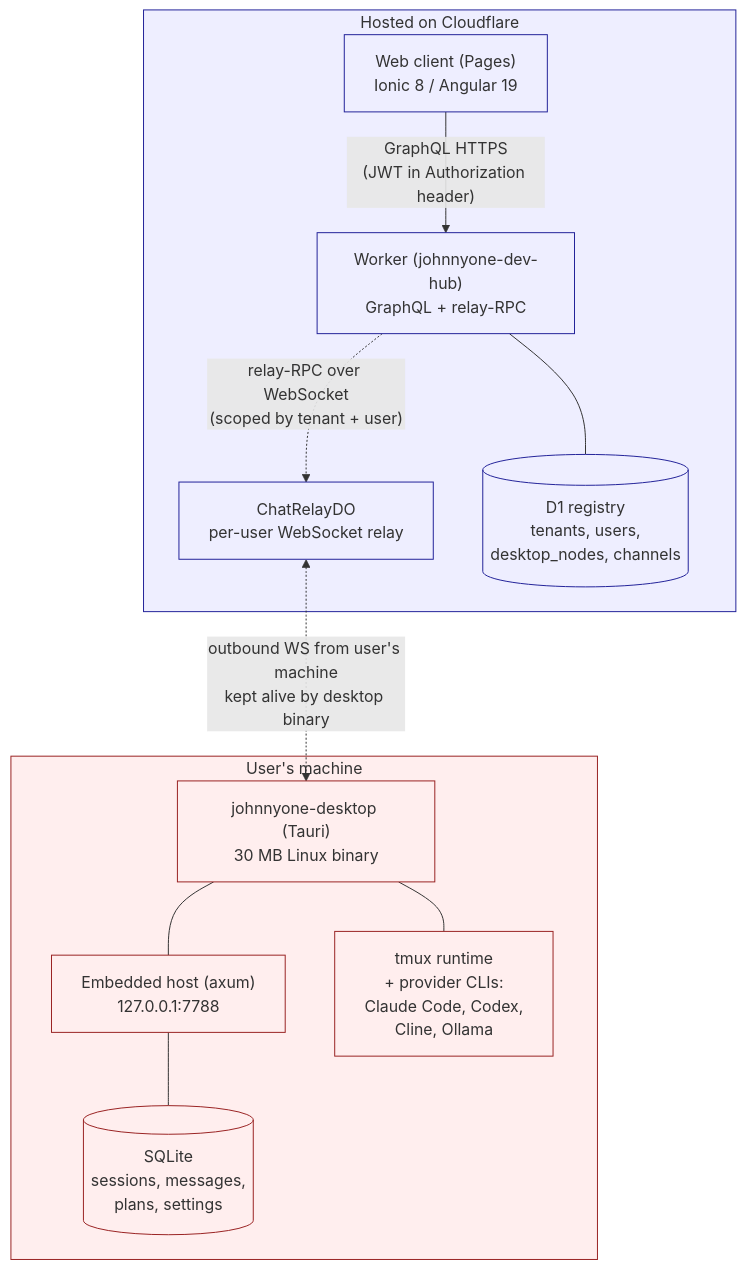
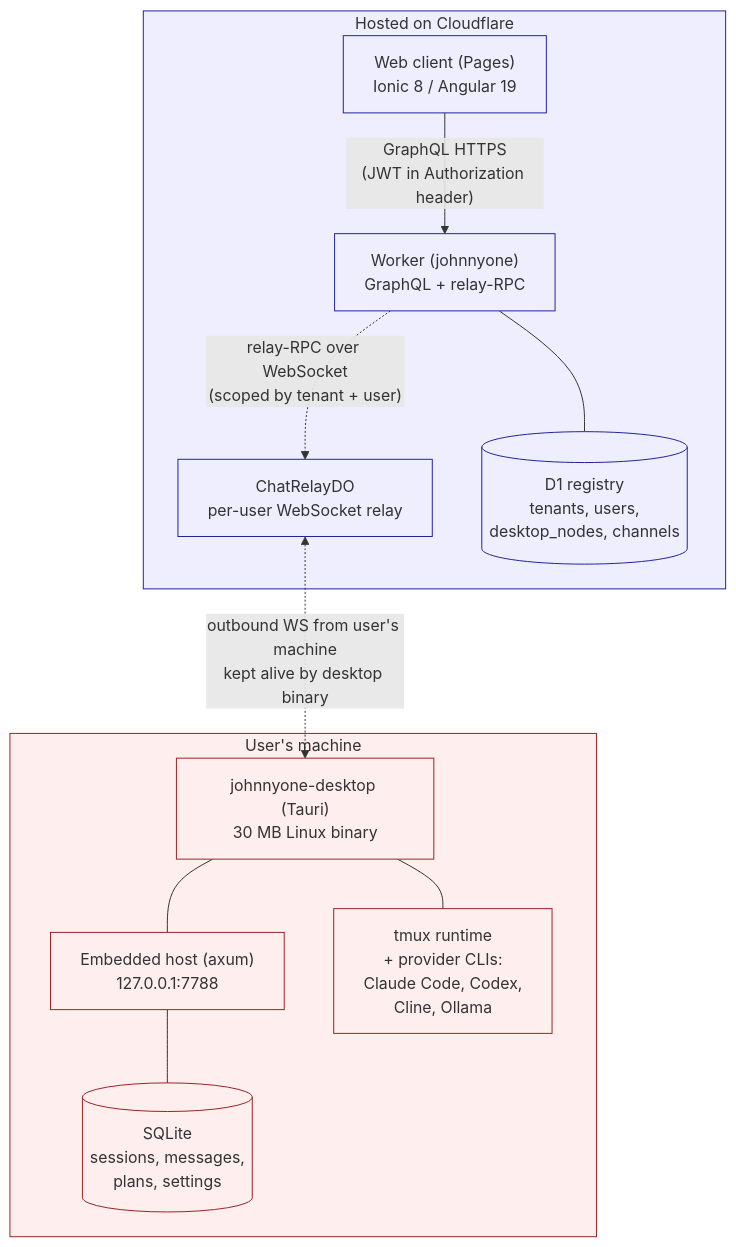
One commit to elitechance/johnnyone changed the diagram in README.md. Above: the diagram before and after it, drawn with Mermaid. The commit also changed other lines of this file and 64 other files, not shown here.

````diff
--- a/README.md
+++ b/README.md
@@ -23,30 +23,30 @@
 ```mermaid
 flowchart TB
   subgraph hosted["Hosted on Cloudflare"]
     web["Web client (Pages)<br/>Ionic 8 / Angular 19"]
-    worker["Worker (johnnyone-dev-hub)<br/>GraphQL + relay-RPC"]
+    worker["Worker (johnnyone)<br/>GraphQL + relay-RPC"]
     do["ChatRelayDO<br/>per-user WebSocket relay"]
     d1[("D1 registry<br/>tenants, users,<br/>desktop_nodes, channels")]
   end
 
   subgraph user["User's machine"]
     bin["johnnyone-desktop (Tauri)<br/>30 MB Linux binary"]
     embed["Embedded host (axum)<br/>127.0.0.1:7788"]
     sqlite[("SQLite<br/>sessions, messages,<br/>plans, settings")]
     tmux["tmux runtime<br/>+ provider CLIs:<br/>Claude Code, Codex,<br/>Cline, Ollama"]
   end
 
   web -- "GraphQL HTTPS<br/>(JWT in Authorization header)" --> worker
   worker --- d1
   worker -. "relay-RPC over WebSocket<br/>(scoped by tenant + user)" .-> do
   do <-. "outbound WS from user's machine<br/>kept alive by desktop binary" .-> bin
 
   bin --- embed
   embed --- sqlite
   bin --- tmux
 
   classDef hostedNode fill:#eef,stroke:#229
   classDef userNode fill:#fee,stroke:#922
   class hosted,web,worker,do,d1 hostedNode
   class user,bin,embed,sqlite,tmux userNode
 ```
````
